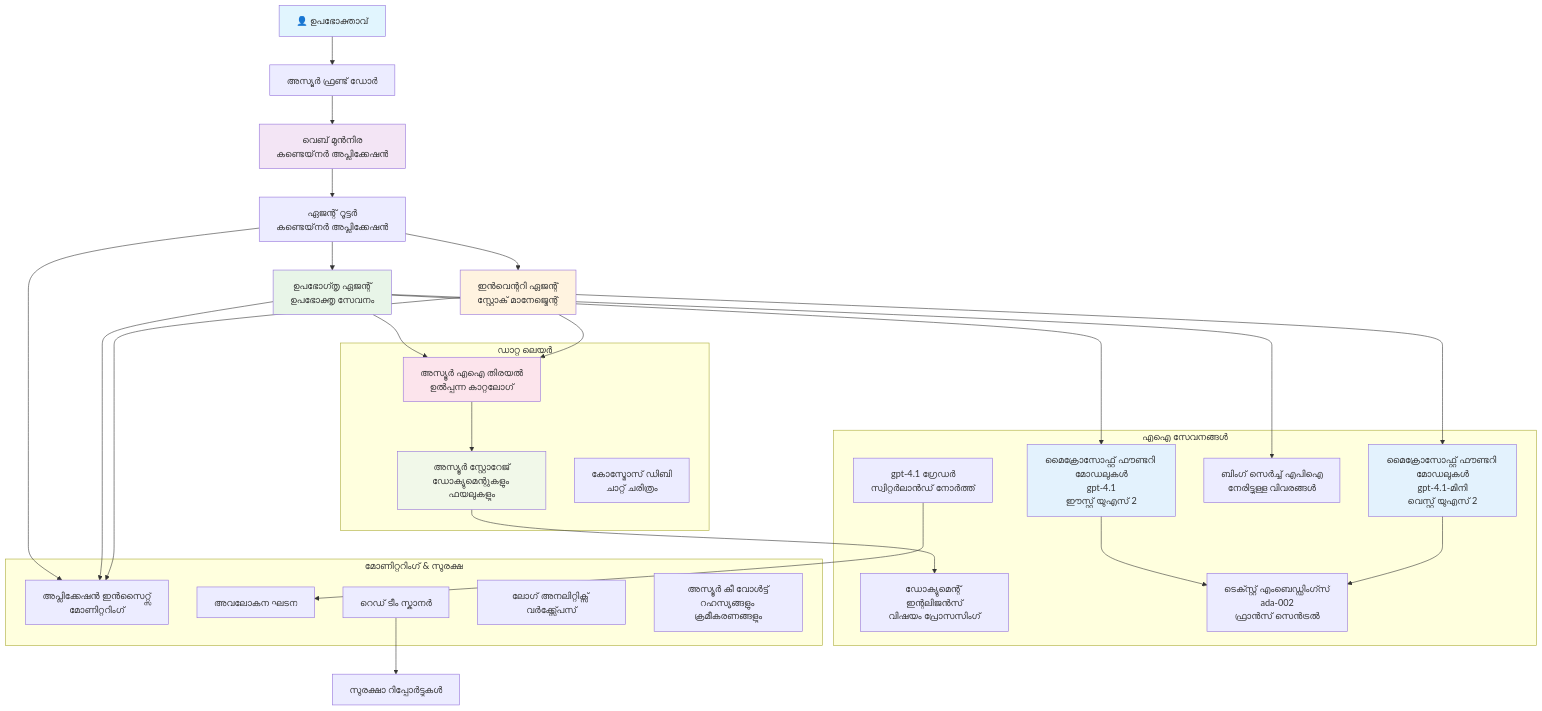
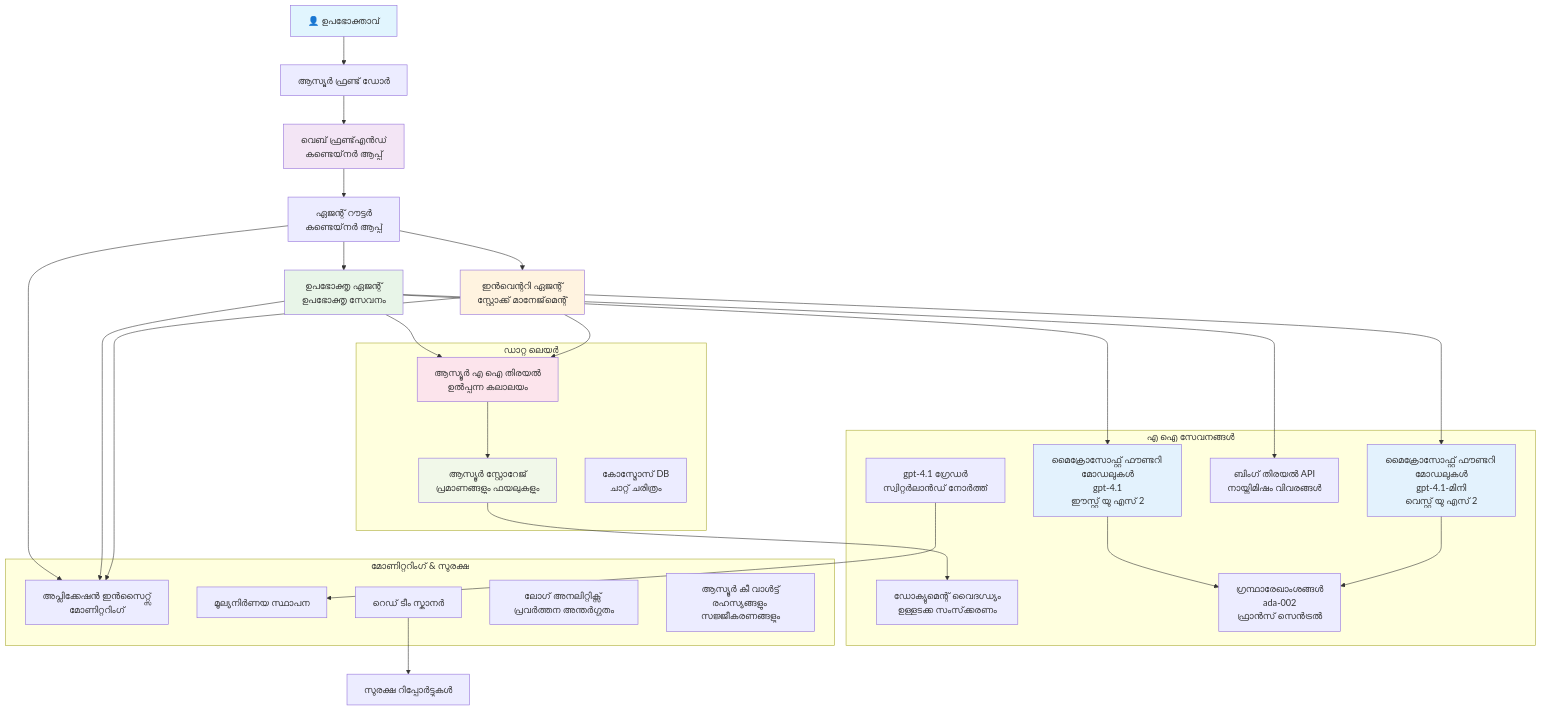
Before and after one commit to microsoft/AZD-for-beginners: the diagram in translations/ml/examples/retail-scenario.md, drawn with Mermaid. The commit also changed other lines of this file and 104 other files, not shown here.

````diff
--- a/translations/ml/examples/retail-scenario.md
+++ b/translations/ml/examples/retail-scenario.md
@@ -139,61 +139,61 @@
 ```mermaid
 graph TB
-    User[👤 ഉപഭോക്താവ്] --> LB[അസ്യൂർ ഫ്രണ്ട് ഡോർ]
-    LB --> WebApp[വെബ് മുൻനിര<br/>കണ്ടെയ്‌നർ അപ്ലിക്കേഷൻ]
+    User[👤 ഉപഭോക്താവ്] --> LB[ആസ്യൂർ ഫ്രണ്ട് ഡോർ]
+    LB --> WebApp[വെബ് ഫ്രണ്ട്എൻഡ്<br/>കണ്ടെയ്‌നർ ആപ്പ്]
     
-    WebApp --> Router[ഏജന്റ് റൂട്ടർ<br/>കണ്ടെയ്‌നർ അപ്ലിക്കേഷൻ]
-    Router --> CustomerAgent[ഉപഭോഗ്തൃ ഏജന്റ്<br/>ഉപഭോക്തൃ സേവനം]
-    Router --> InvAgent[ഇൻ‌വെന്ററി ഏജന്റ്<br/>സ്റ്റോക് മാനേജ്മെന്റ്]
+    WebApp --> Router[ഏജന്റ് റൗട്ടർ<br/>കണ്ടെയ്‌നർ ആപ്പ്]
+    Router --> CustomerAgent[ഉപഭോക്തൃ ഏജന്റ്<br/>ഉപഭോക്തൃ സേവനം]
+    Router --> InvAgent[ഇൻവെന്ററി ഏജന്റ്<br/>സ്റ്റോക്ക് മാനേജ്‌മെന്റ്]
     
-    CustomerAgent --> OpenAI1[മൈക്രോസോഫ്റ്റ് ഫൗണ്ടറി മോഡലുകൾ<br/>gpt-4.1<br/>ഈസ്റ്റ് യുഎസ് 2]
-    InvAgent --> OpenAI2[മൈക്രോസോഫ്റ്റ് ഫൗണ്ടറി മോഡലുകൾ<br/>gpt-4.1-മിനി<br/>വെസ്റ്റ് യുഎസ് 2]
+    CustomerAgent --> OpenAI1[മൈക്രോസോഫ്റ്റ് ഫൗണ്ടറി മോഡലുകൾ<br/>gpt-4.1<br/>ഈസ്റ്റ് യു എസ് 2]
+    InvAgent --> OpenAI2[മൈക്രോസോഫ്റ്റ് ഫൗണ്ടറി മോഡലുകൾ<br/>gpt-4.1-മിനി<br/>വെസ്റ്റ് യു എസ് 2]
     
-    CustomerAgent --> AISearch[അസ്യൂർ എഐ തിരയല്‍<br/>ഉൽപ്പന്ന കാറ്റലോഗ്]
-    CustomerAgent --> BingSearch[ബിംഗ് സെർച്ച് എപി‌ഐ<br/>നേരിട്ടുള്ള വിവരങ്ങൾ]
+    CustomerAgent --> AISearch[ആസ്യൂർ എ ഐ തിരയൽ<br/>ഉൽപ്പന്ന കലാലയം]
+    CustomerAgent --> BingSearch[ബിംഗ് തിരയൽ API<br/>നായ്നിമിഷം വിവരങ്ങൾ]
     InvAgent --> AISearch
     
-    AISearch --> Storage[അസ്യൂർ സ്റ്റോറേജ്<br/>ഡോക്യുമെന്റുകളും ഫയലുകളും]
-    Storage --> DocIntel[ഡോക്യുമെന്റ് ഇന്റലിജൻസ്<br/>വിഷയം പ്രോസസിംഗ്]
+    AISearch --> Storage[ആസ്യൂർ സ്റ്റോറേജ്<br/>പ്രമാണങ്ങളും ഫയലുകളും]
+    Storage --> DocIntel[ഡോക്യുമെന്റ് വൈദഗ്ധ്യം<br/>ഉള്ളടക്ക സംസ്‌ക്കരണം]
     
-    OpenAI1 --> Embeddings[ടെക്സ്റ്റ് എംബെഡ്ഡിംഗ്സ്<br/>ada-002<br/>ഫ്രാൻസ് സെൻട്രൽ]
+    OpenAI1 --> Embeddings[ഗ്രന്ഥാരേഖാംശങ്ങൾ<br/>ada-002<br/>ഫ്രാൻസ് സെൻട്രൽ]
     OpenAI2 --> Embeddings
     
     Router --> AppInsights[അപ്ലിക്കേഷൻ ഇൻസൈറ്റ്സ്<br/>മോണിറ്ററിംഗ്]
     CustomerAgent --> AppInsights
     InvAgent --> AppInsights
     
-    GraderModel[gpt-4.1 ഗ്രേഡർ<br/>സ്വിറ്റ്സർലാൻഡ് നോർത്ത്] --> Evaluation[അവലോകന ഘടന]
-    RedTeam[റെഡ് ടീം സ്കാനർ] --> SecurityReports[സുരക്ഷാ റിപ്പോർട്ടുകൾ]
+    GraderModel[gpt-4.1 ഗ്രേഡർ<br/>സ്വിറ്റ്സർലാൻഡ് നോർത്ത്] --> Evaluation[മൂല്യനിർണയ സ്ഥാപന]
+    RedTeam[റെഡ് ടീം സ്കാനർ] --> SecurityReports[സുരക്ഷ റിപ്പോർട്ടുകൾ]
     
     subgraph "ഡാറ്റ ലെയർ"
         Storage
         AISearch
-        CosmosDB[കോസ്മോസ് ഡിബി<br/>ചാറ്റ് ചരിത്രം]
+        CosmosDB[കോസ്മോസ് DB<br/>ചാറ്റ് ചരിത്രം]
     end
     
-    subgraph "എഐ സേവനങ്ങൾ"
+    subgraph "എ ഐ സേവനങ്ങൾ"
         OpenAI1
         OpenAI2
         Embeddings
         GraderModel
         DocIntel
         BingSearch
     end
     
     subgraph "മോണിറ്ററിംഗ് & സുരക്ഷ"
         AppInsights
-        LogAnalytics[ലോഗ് അനലിറ്റിക്സ് വര്‍ക്ക്സ്പേസ്]
-        KeyVault[അസ്യൂർ കീ വോൾട്ട്<br/>റഹസ്യങ്ങളും ക്രമീകരണങ്ങളും]
+        LogAnalytics[ലോഗ് അനലിറ്റിക്സ് പ്രവർത്തന അന്തർഗ്ഗതം]
+        KeyVault[ആസ്യൂർ കീ വാൾട്ട്<br/>രഹസ്യങ്ങളും സജ്ജീകരണങ്ങളും]
         RedTeam
         Evaluation
     end
     
     style User fill:#e1f5fe
     style WebApp fill:#f3e5f5
     style CustomerAgent fill:#e8f5e8
     style InvAgent fill:#fff3e0
     style OpenAI1 fill:#e3f2fd
     style OpenAI2 fill:#e3f2fd
     style AISearch fill:#fce4ec
     style Storage fill:#f1f8e9
-```  
+```
````
